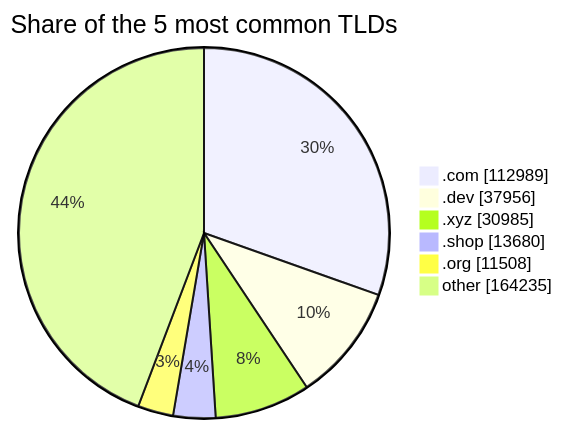
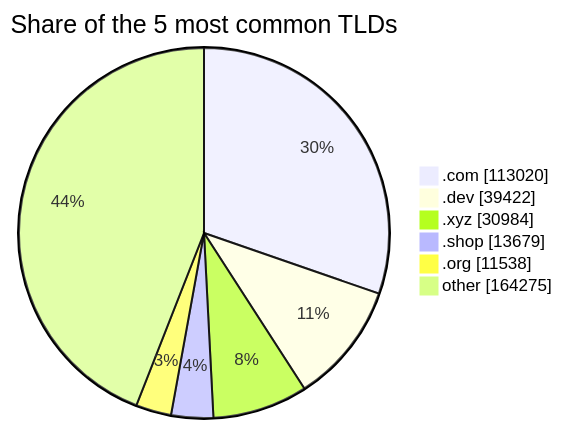
Before and after one commit to DNSBunker/CTI: the third of 3 diagrams in README.md, drawn with Mermaid. The commit also changed other lines of this file and 3 other files, not shown here.

````diff
--- a/README.md
+++ b/README.md
@@ -81,9 +81,9 @@
 ```mermaid
 pie showData title Share of the 5 most common TLDs
-    ".com" : 112989
-    ".dev" : 37956
-    ".xyz" : 30985
-    ".shop" : 13680
-    ".org" : 11508
-    "other" : 164235
+    ".com" : 113020
+    ".dev" : 39422
+    ".xyz" : 30984
+    ".shop" : 13679
+    ".org" : 11538
+    "other" : 164275
 ```
````
